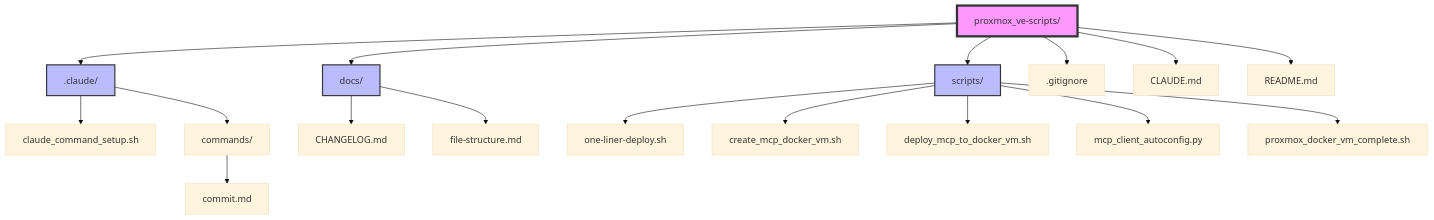
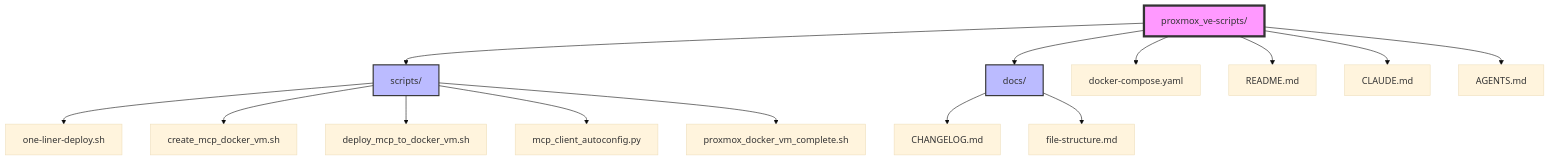
One commit to notdabob/proxmox-ve-scripts changed the diagram in docs/file-structure.md. Above: the diagram before and after it, drawn with Mermaid (base theme). The commit also changed other lines of this file and 2 other files, not shown here.

First line of the commit message:
docs: Add AGENTS.md with development guidelines

````diff
--- a/docs/file-structure.md
+++ b/docs/file-structure.md
@@ -9,27 +9,22 @@
 ```mermaid
 graph TD
-    A[proxmox_ve-scripts/] --> B[.claude/]
+    A[proxmox_ve-scripts/] --> B[scripts/]
     A --> C[docs/]
-    A --> D[scripts/]
-    A --> E[.gitignore]
+    A --> D[docker-compose.yaml]
+    A --> E[README.md]
     A --> F[CLAUDE.md]
-    A --> G[README.md]
-
-    B --> H[claude_command_setup.sh]
-    B --> I[commands/]
-    I --> J[commit.md]
-
-    C --> K[CHANGELOG.md]
-    C --> L[file-structure.md]
-
-    D --> M[one-liner-deploy.sh]
-    D --> N[create_mcp_docker_vm.sh]
-    D --> O[deploy_mcp_to_docker_vm.sh]
-    D --> P[mcp_client_autoconfig.py]
-    D --> Q[proxmox_docker_vm_complete.sh]
-
+    A --> G[AGENTS.md]
+    
+    B --> B1[one-liner-deploy.sh]
+    B --> B2[create_mcp_docker_vm.sh]
+    B --> B3[deploy_mcp_to_docker_vm.sh]
+    B --> B4[mcp_client_autoconfig.py]
+    B --> B5[proxmox_docker_vm_complete.sh]
+    
+    C --> C1[CHANGELOG.md]
+    C --> C2[file-structure.md]
+    
     style A fill:#f9f,stroke:#333,stroke-width:4px
     style B fill:#bbf,stroke:#333,stroke-width:2px
     style C fill:#bbf,stroke:#333,stroke-width:2px
-    style D fill:#bbf,stroke:#333,stroke-width:2px
 ```
````
